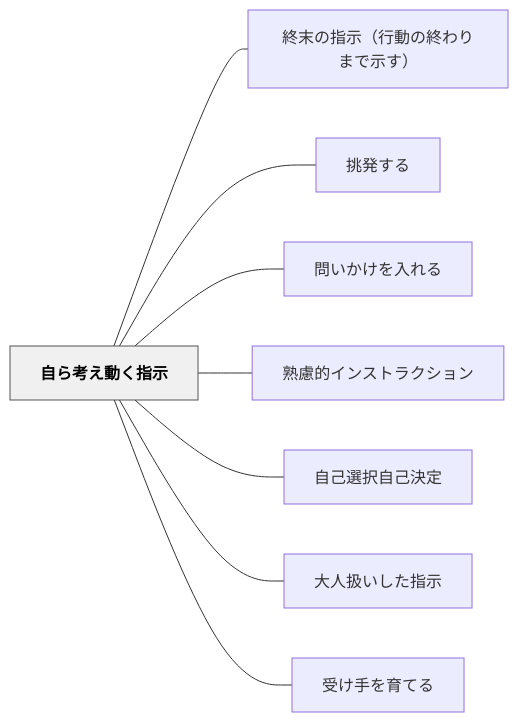
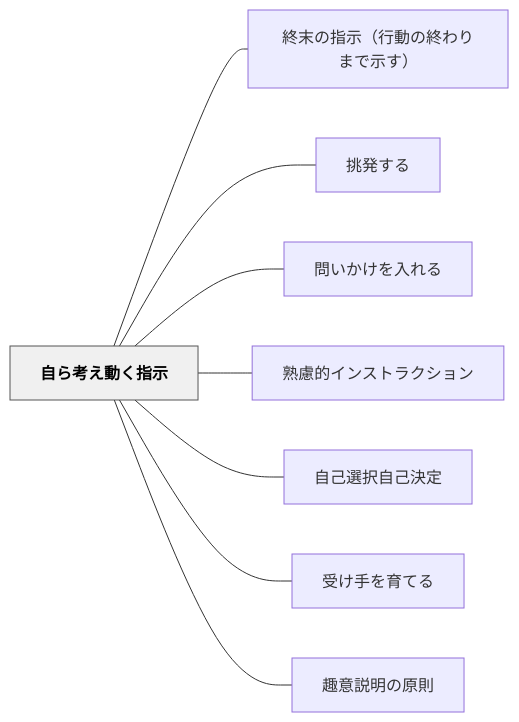
The diagram in content/パタン/自ら考え動く指示.md (unknownthings-ed-patterns/unknownthings-ed-patterns), drawn with Mermaid before and after one commit. The commit also changed other lines of this file and 41 other files, not shown here.

````diff
--- a/content/パタン/自ら考え動く指示.md
+++ b/content/パタン/自ら考え動く指示.md
@@ -37,22 +47,22 @@
 ```mermaid
 flowchart LR
     ne887aae38289e88083e38188e58b95e3818fe68c87e7a4ba["自ら考え動く指示"]
     ne7b582e69cabe381aee68c87e7a4baefbc88e8a18ce58b95e381aee7b582e3828fe3828ae381bee381a7e7a4bae38199efbc89["終末の指示（行動の終わりまで示す）"]
     ne68c91e799bae38199e3828b["挑発する"]
     ne5958fe38184e3818be38191e38292e585a5e3828ce3828b["問いかけを入れる"]
     ne7869fe685aee79a84e382a4e383b3e382b9e38388e383a9e382afe382b7e383a7e383b3["熟慮的インストラクション"]
     ne887aae5b7b1e981b8e68a9ee887aae5b7b1e6b1bae5ae9a["自己選択自己決定"]
-    ne5a4a7e4babae689b1e38184e38197e3819fe68c87e7a4ba["大人扱いした指示"]
     ne58f97e38191e6898be38292e882b2e381a6e3828b["受け手を育てる"]
+    ne8b6a3e6848fe8aaace6988ee381aee58e9fe58987["趣意説明の原則"]
 
     ne887aae38289e88083e38188e58b95e3818fe68c87e7a4ba --- ne7b582e69cabe381aee68c87e7a4baefbc88e8a18ce58b95e381aee7b582e3828fe3828ae381bee381a7e7a4bae38199efbc89
     ne887aae38289e88083e38188e58b95e3818fe68c87e7a4ba --- ne68c91e799bae38199e3828b
     ne887aae38289e88083e38188e58b95e3818fe68c87e7a4ba --- ne5958fe38184e3818be38191e38292e585a5e3828ce3828b
     ne887aae38289e88083e38188e58b95e3818fe68c87e7a4ba --- ne7869fe685aee79a84e382a4e383b3e382b9e38388e383a9e382afe382b7e383a7e383b3
     ne887aae38289e88083e38188e58b95e3818fe68c87e7a4ba --- ne887aae5b7b1e981b8e68a9ee887aae5b7b1e6b1bae5ae9a
-    ne887aae38289e88083e38188e58b95e3818fe68c87e7a4ba --- ne5a4a7e4babae689b1e38184e38197e3819fe68c87e7a4ba
     ne887aae38289e88083e38188e58b95e3818fe68c87e7a4ba --- ne58f97e38191e6898be38292e882b2e381a6e3828b
+    ne887aae38289e88083e38188e58b95e3818fe68c87e7a4ba --- ne8b6a3e6848fe8aaace6988ee381aee58e9fe58987
 
     classDef hub fill:#f0f0f0,stroke:#555,color:#000,font-weight:bold
     class ne887aae38289e88083e38188e58b95e3818fe68c87e7a4ba hub
 ```
````
